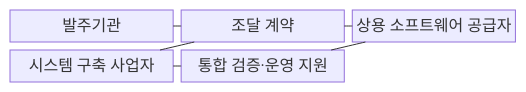
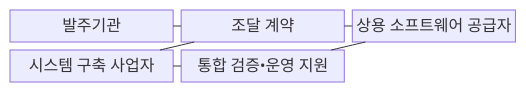
One commit to agnusdei1207/knowledge-base changed the first of 2 diagrams in src/content/docs/notes/07-law-policy/016_commercial_sw_direct_purchase.md. Above: the diagram before and after it, drawn with Mermaid. The commit also changed other lines of this file and 953 other files, not shown here.

````diff
--- a/src/content/docs/notes/07-law-policy/016_commercial_sw_direct_purchase.md
+++ b/src/content/docs/notes/07-law-policy/016_commercial_sw_direct_purchase.md
@@ -72,14 +72,14 @@
 ```mermaid
 block-beta
   columns 3
   A["발주기관"]
   B["조달 계약"]
   C["상용 소프트웨어 공급자"]
   D["시스템 구축 사업자"]
-  E["통합 검증·운영 지원"]
+  E["통합 검증•운영 지원"]
   A --- B
   B --- C
   B --- D
   C --- E
   D --- E
 ```
````
